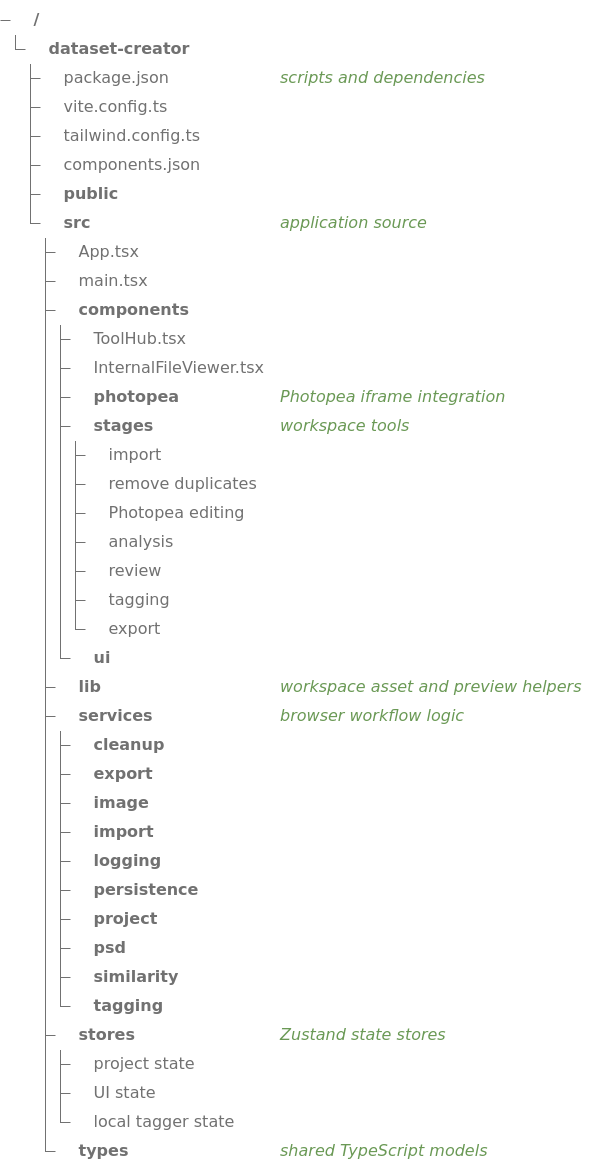
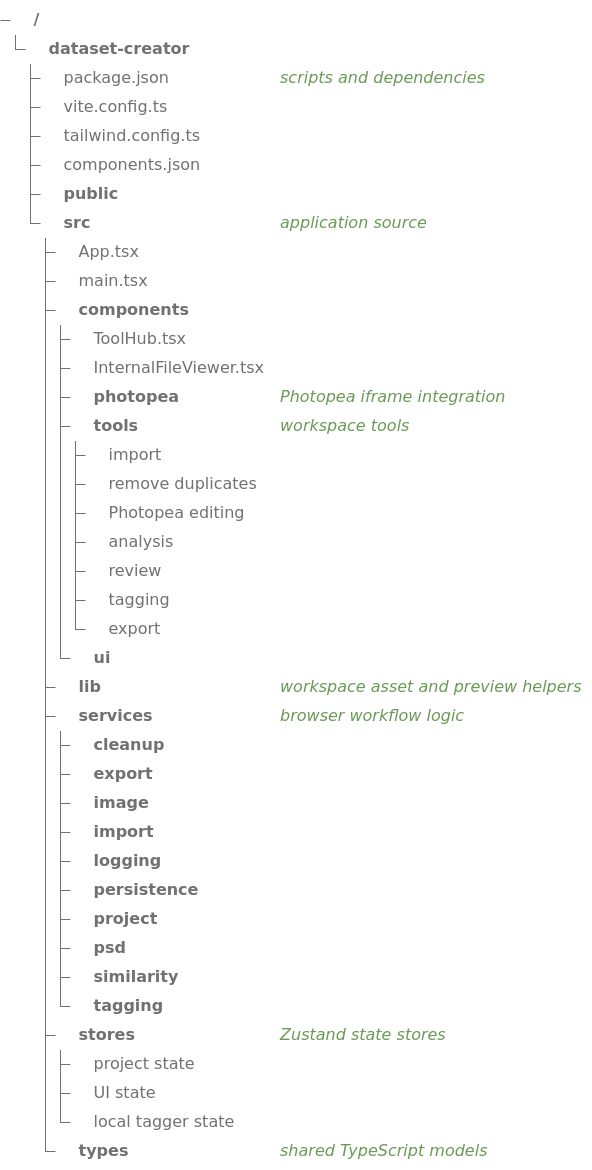
One commit to cabinet-being/dataset-creator changed the first of 3 diagrams in README.md. Above: the diagram before and after it, drawn with Mermaid. The commit also changed other lines of this file and 22 other files, not shown here.

````diff
--- a/README.md
+++ b/README.md
@@ -120,53 +120,53 @@
 ```mermaid
 ---
 config:
     theme: default
     themeVariables:
         treeView:
             labelColor: '#717171'
             lineColor: '#717171'
     treeView:
         showIcons: true
 ---
 treeView-beta
 
 dataset-creator/
   package.json ## scripts and dependencies
   vite.config.ts
   tailwind.config.ts
   components.json
   public/
   src/ ## application source
     App.tsx
     main.tsx
     components/
       ToolHub.tsx
       InternalFileViewer.tsx
       photopea/ ## Photopea iframe integration
-      stages/ ## workspace tools
+      tools/ ## workspace tools
         import
         remove duplicates
         Photopea editing
         analysis
         review
         tagging
         export
       ui/
     lib/ ## workspace asset and preview helpers
     services/ ## browser workflow logic
       cleanup/
       export/
       image/
       import/
       logging/
       persistence/
       project/
       psd/
       similarity/
       tagging/
     stores/ ## Zustand state stores
       project state
       UI state
       local tagger state
     types/ ## shared TypeScript models
 ```
````
